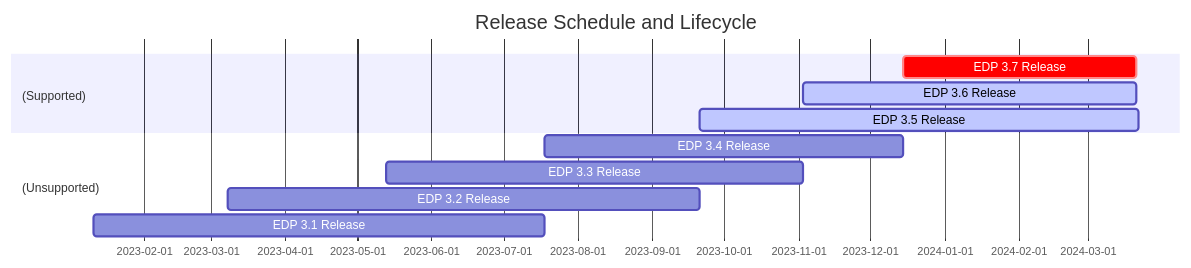
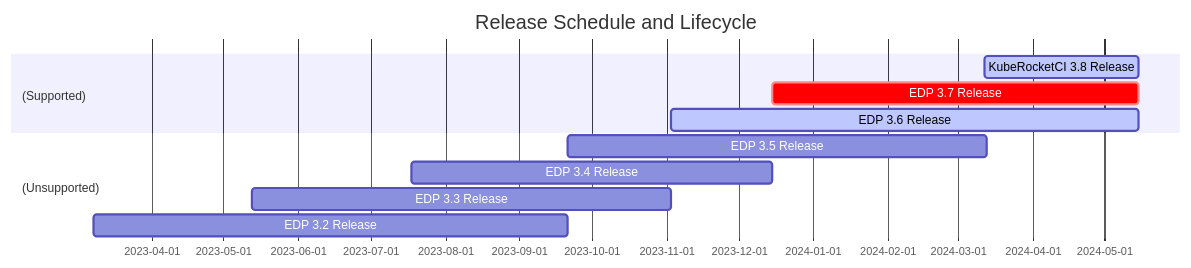
The diagram in docs/supported-versions.md (epam/edp-install), drawn with Mermaid before and after one commit. The commit also changed other lines of this file, not shown here.

Commit message:
docs: Update the Supported Versions file (#175)

````diff
--- a/docs/supported-versions.md
+++ b/docs/supported-versions.md
@@ -11,26 +11,27 @@
 ``` mermaid
 gantt
     dateFormat  YYYY-MM-DD
     title Release Schedule and Lifecycle
 
     section (Supported)
-    EDP 3.7 Release: crit, r37, 2023-12-15, 97d
+    KubeRocketCI 3.8 Release: active, r38, 2024-3-12, 64d
 
     section (Supported)
-    EDP 3.6 Release: active, r36, 2023-11-03, 139d
+    EDP 3.7 Release: crit, r37, 2023-12-15, 152d
 
     section (Supported)
-    EDP 3.5 Release: active, r35, 2023-09-21, 183d
+    EDP 3.6 Release: active, r36, 2023-11-03, 194d
+
+    section (Unsupported)
+    EDP 3.5 Release: r35, 2023-09-21, 174d
 
     section (Unsupported)
     EDP 3.4 Release: r34, 2023-07-18, 2023-12-15
 
     section (Unsupported)
     EDP 3.3 Release: r33, 2023-05-13, 2023-11-03
 
     section (Unsupported)
     EDP 3.2 Release: r32, 2023-03-08, 2023-09-21
 
-    section (Unsupported)
-    EDP 3.1 Release: r31, 2023-01-11, 2023-07-18
 ```
````
